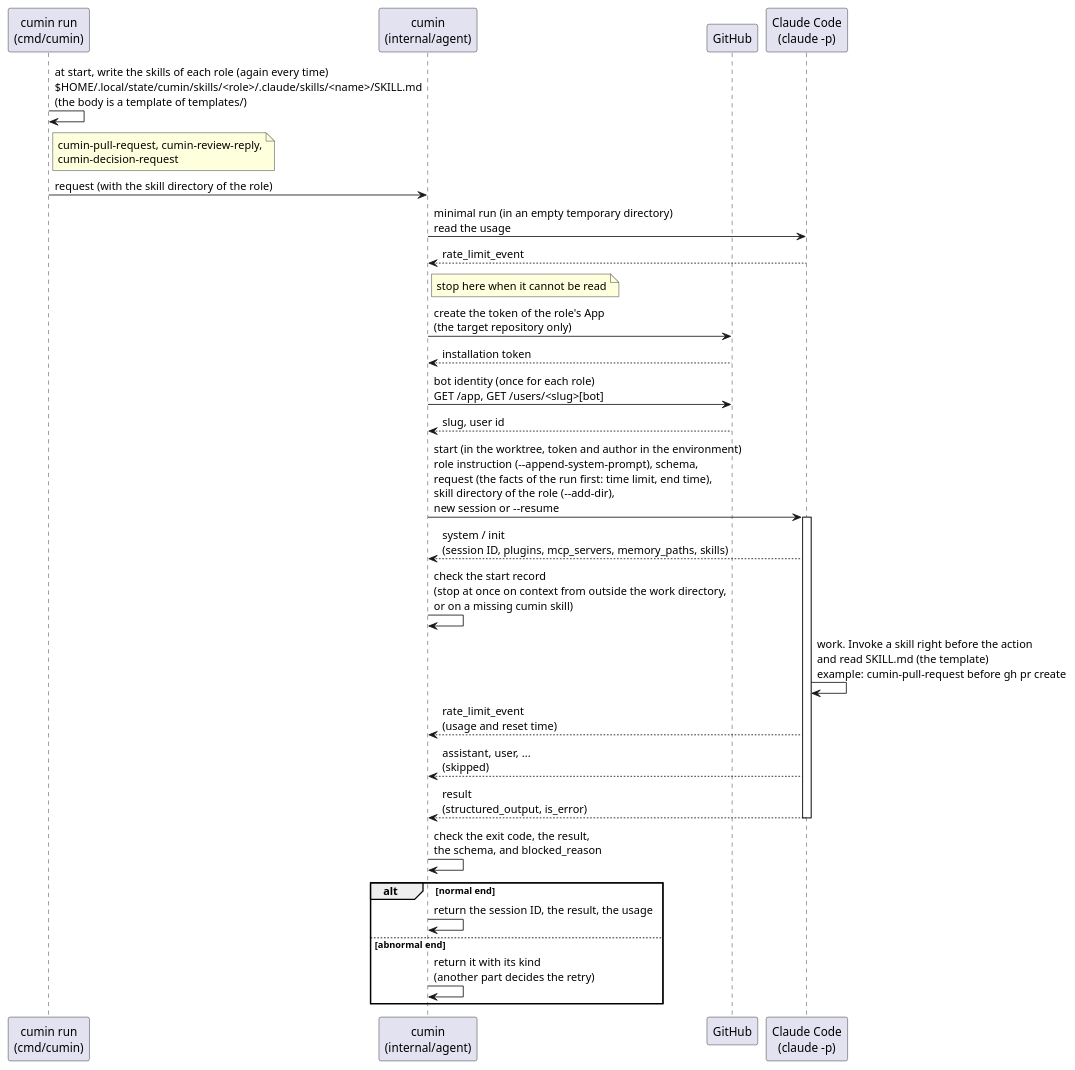
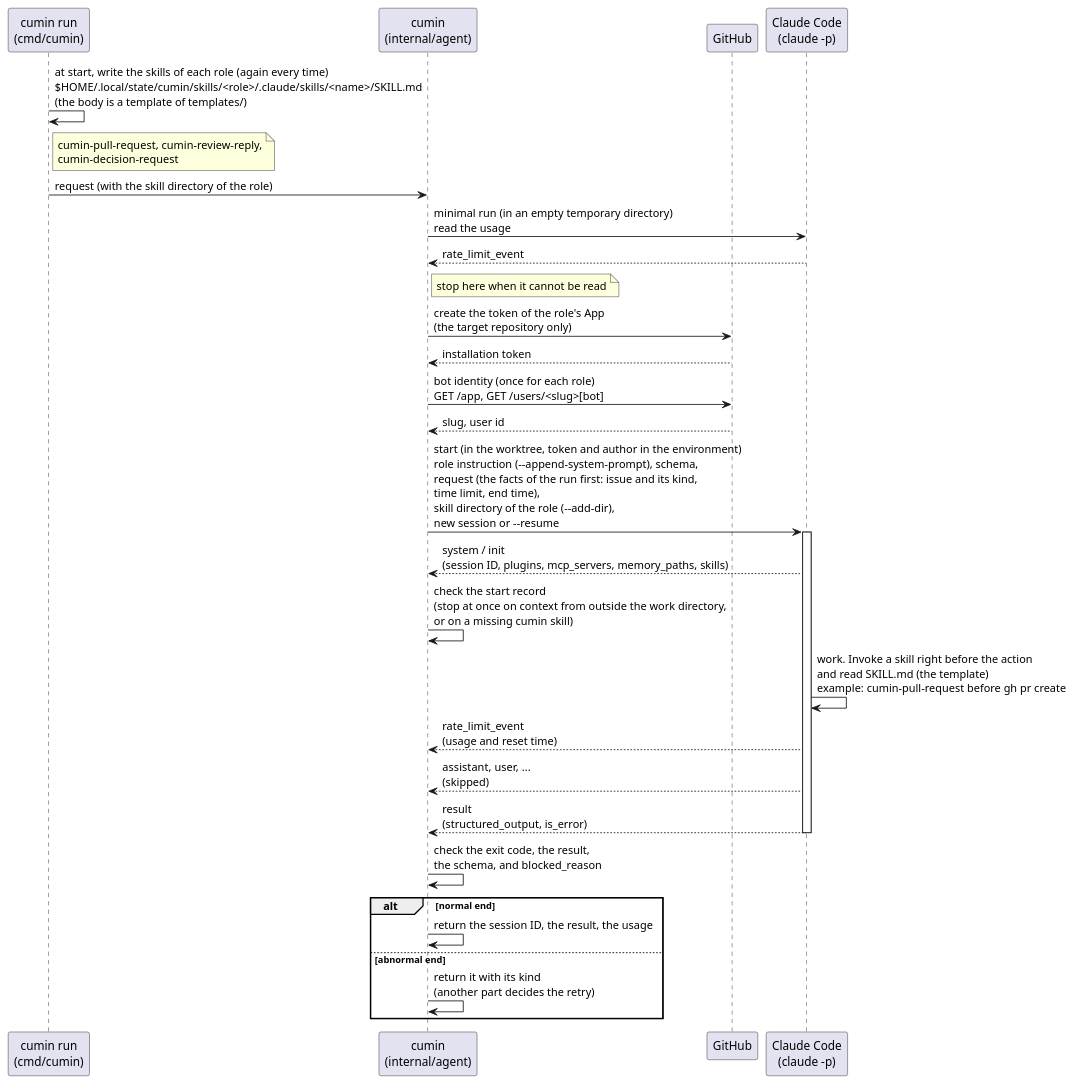
Before and after one commit to cloveclovedev/cumin-works: the diagram in docs/ja/designs/agent-run.puml, drawn with PlantUML. The commit also changed 15 other files, not shown here.

First line of the commit message:
feat(agent): carry the issue of the run in the start request (#371)

```diff
--- a/docs/ja/designs/agent-run.puml
+++ b/docs/ja/designs/agent-run.puml
@@ -1,38 +1,38 @@
 @startuml agent-run
 skinparam shadowing false
 skinparam defaultFontName sans-serif
 
 participant "cumin run\n(cmd/cumin)" as run
 participant "cumin\n(internal/agent)" as cumin
 participant "GitHub" as github
 participant "Claude Code\n(claude -p)" as claude
 
 run -> run : at start, write the skills of each role (again every time)\n$HOME/.local/state/cumin/skills/<role>/.claude/skills/<name>/SKILL.md\n(the body is a template of templates/)
 note right of run : cumin-pull-request, cumin-review-reply,\ncumin-decision-request
 run -> cumin : request (with the skill directory of the role)
 
 cumin -> claude : minimal run (in an empty temporary directory)\nread the usage
 claude --> cumin : rate_limit_event
 note right of cumin : stop here when it cannot be read
 
 cumin -> github : create the token of the role's App\n(the target repository only)
 github --> cumin : installation token
 cumin -> github : bot identity (once for each role)\nGET /app, GET /users/<slug>[bot]
 github --> cumin : slug, user id
 
-cumin -> claude : start (in the worktree, token and author in the environment)\nrole instruction (--append-system-prompt), schema,\nrequest (the facts of the run first: time limit, end time),\nskill directory of the role (--add-dir),\nnew session or --resume
+cumin -> claude : start (in the worktree, token and author in the environment)\nrole instruction (--append-system-prompt), schema,\nrequest (the facts of the run first: issue and its kind,\ntime limit, end time),\nskill directory of the role (--add-dir),\nnew session or --resume
 activate claude
 claude --> cumin : system / init\n(session ID, plugins, mcp_servers, memory_paths, skills)
 cumin -> cumin : check the start record\n(stop at once on context from outside the work directory,\nor on a missing cumin skill)
 claude -> claude : work. Invoke a skill right before the action\nand read SKILL.md (the template)\nexample: cumin-pull-request before gh pr create
 claude --> cumin : rate_limit_event\n(usage and reset time)
 claude --> cumin : assistant, user, ...\n(skipped)
 claude --> cumin : result\n(structured_output, is_error)
 deactivate claude
 cumin -> cumin : check the exit code, the result,\nthe schema, and blocked_reason
 alt normal end
   cumin -> cumin : return the session ID, the result, the usage
 else abnormal end
   cumin -> cumin : return it with its kind\n(another part decides the retry)
 end
 @enduml
```
